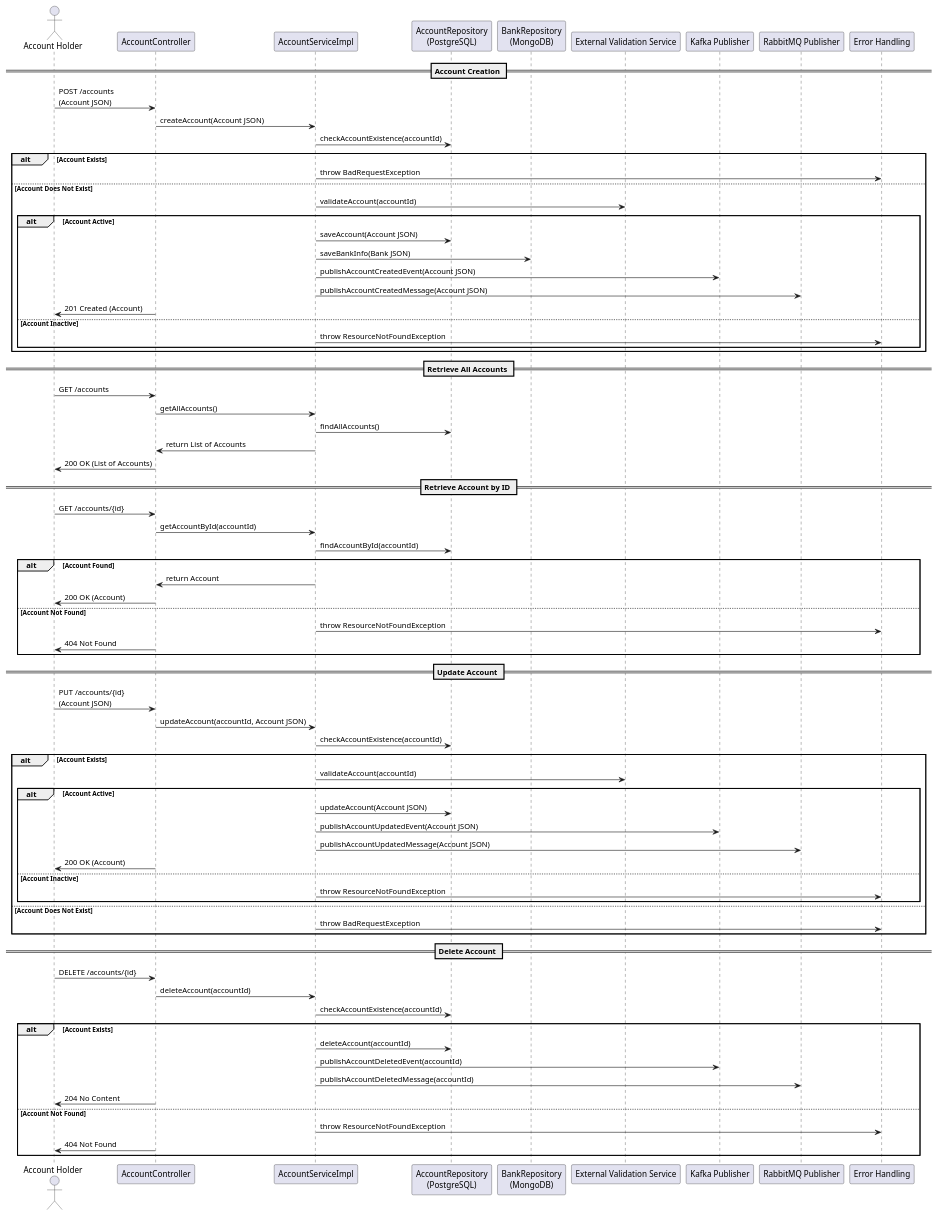
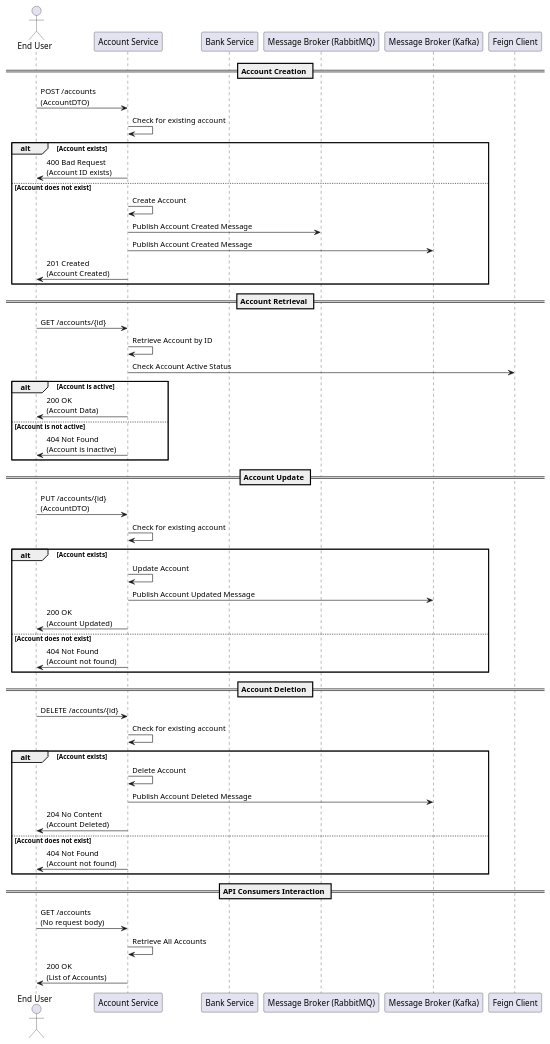
The diagram in design_document/AccountService.md (Bhaskar-Pavan/AccountService), drawn with PlantUML before and after one commit. The commit also changed other lines of this file, not shown here.

````diff
--- a/design_document/AccountService.md
+++ b/design_document/AccountService.md
@@ -35,84 +52,60 @@
 ```plantuml
 @startuml
-actor "Account Holder" as AH
-participant "AccountController" as AC
-participant "AccountServiceImpl" as AS
-participant "AccountRepository\n(PostgreSQL)" as AR
-participant "BankRepository\n(MongoDB)" as BR
-participant "External Validation Service" as EV
-participant "Kafka Publisher" as KP
-participant "RabbitMQ Publisher" as RP
-participant "Error Handling" as EH
+actor "End User" as User
+participant "Account Service" as AccountService
+participant "Bank Service" as BankService
+participant "Message Broker (RabbitMQ)" as RabbitMQ
+participant "Message Broker (Kafka)" as Kafka
+participant "Feign Client" as FeignClient
 
 == Account Creation ==
-AH -> AC : POST /accounts\n(Account JSON)
-AC -> AS : createAccount(Account JSON)
-AS -> AR : checkAccountExistence(accountId)
-alt Account Exists
-    AS -> EH : throw BadRequestException
-else Account Does Not Exist
-    AS -> EV : validateAccount(accountId)
-    alt Account Active
-        AS -> AR : saveAccount(Account JSON)
-        AS -> BR : saveBankInfo(Bank JSON)
-        AS -> KP : publishAccountCreatedEvent(Account JSON)
-        AS -> RP : publishAccountCreatedMessage(Account JSON)
-        AC -> AH : 201 Created (Account)
-    else Account Inactive
-        AS -> EH : throw ResourceNotFoundException
-    end
+User -> AccountService: POST /accounts\n(AccountDTO)
+AccountService -> AccountService: Check for existing account
+alt Account exists
+    AccountService -> User: 400 Bad Request\n(Account ID exists)
+else Account does not exist
+    AccountService -> AccountService: Create Account
+    AccountService -> RabbitMQ: Publish Account Created Message
+    AccountService -> Kafka: Publish Account Created Message
+    AccountService -> User: 201 Created\n(Account Created)
 end
 
-== Retrieve All Accounts ==
-AH -> AC : GET /accounts
-AC -> AS : getAllAccounts()
-AS -> AR : findAllAccounts()
-AS -> AC : return List of Accounts
-AC -> AH : 200 OK (List of Accounts)
-
-== Retrieve Account by ID ==
-AH -> AC : GET /accounts/{id}
-AC -> AS : getAccountById(accountId)
-AS -> AR : findAccountById(accountId)
-alt Account Found
-    AS -> AC : return Account
-    AC -> AH : 200 OK (Account)
-else Account Not Found
-    AS -> EH : throw ResourceNotFoundException
-    AC -> AH : 404 Not Found
+== Account Retrieval ==
+User -> AccountService: GET /accounts/{id}
+AccountService -> AccountService: Retrieve Account by ID
+AccountService -> FeignClient: Check Account Active Status
+alt Account is active
+    AccountService -> User: 200 OK\n(Account Data)
+else Account is not active
+    AccountService -> User: 404 Not Found\n(Account is inactive)
 end
 
-== Update Account ==
-AH -> AC : PUT /accounts/{id}\n(Account JSON)
-AC -> AS : updateAccount(accountId, Account JSON)
-AS -> AR : checkAccountExistence(accountId)
-alt Account Exists
-    AS -> EV : validateAccount(accountId)
-    alt Account Active
-        AS -> AR : updateAccount(Account JSON)
-        AS -> KP : publishAccountUpdatedEvent(Account JSON)
-        AS -> RP : publishAccountUpdatedMessage(Account JSON)
-        AC -> AH : 200 OK (Account)
-    else Account Inactive
-        AS -> EH : throw ResourceNotFoundException
-    end
-else Account Does Not Exist
-    AS -> EH : throw BadRequestException
+== Account Update ==
+User -> AccountService: PUT /accounts/{id}\n(AccountDTO)
+AccountService -> AccountService: Check for existing account
+alt Account exists
+    AccountService -> AccountService: Update Account
+    AccountService -> Kafka: Publish Account Updated Message
+    AccountService -> User: 200 OK\n(Account Updated)
+else Account does not exist
+    AccountService -> User: 404 Not Found\n(Account not found)
 end
 
-== Delete Account ==
-AH -> AC : DELETE /accounts/{id}
-AC -> AS : deleteAccount(accountId)
-AS -> AR : checkAccountExistence(accountId)
-alt Account Exists
-    AS -> AR : deleteAccount(accountId)
-    AS -> KP : publishAccountDeletedEvent(accountId)
-    AS -> RP : publishAccountDeletedMessage(accountId)
-    AC -> AH : 204 No Content
-else Account Not Found
-    AS -> EH : throw ResourceNotFoundException
-    AC -> AH : 404 Not Found
+== Account Deletion ==
+User -> AccountService: DELETE /accounts/{id}
+AccountService -> AccountService: Check for existing account
+alt Account exists
+    AccountService -> AccountService: Delete Account
+    AccountService -> Kafka: Publish Account Deleted Message
+    AccountService -> User: 204 No Content\n(Account Deleted)
+else Account does not exist
+    AccountService -> User: 404 Not Found\n(Account not found)
 end
+
+== API Consumers Interaction ==
+User -> AccountService: GET /accounts\n(No request body)
+AccountService -> AccountService: Retrieve All Accounts
+AccountService -> User: 200 OK\n(List of Accounts)
 
 @enduml
 ```
````
